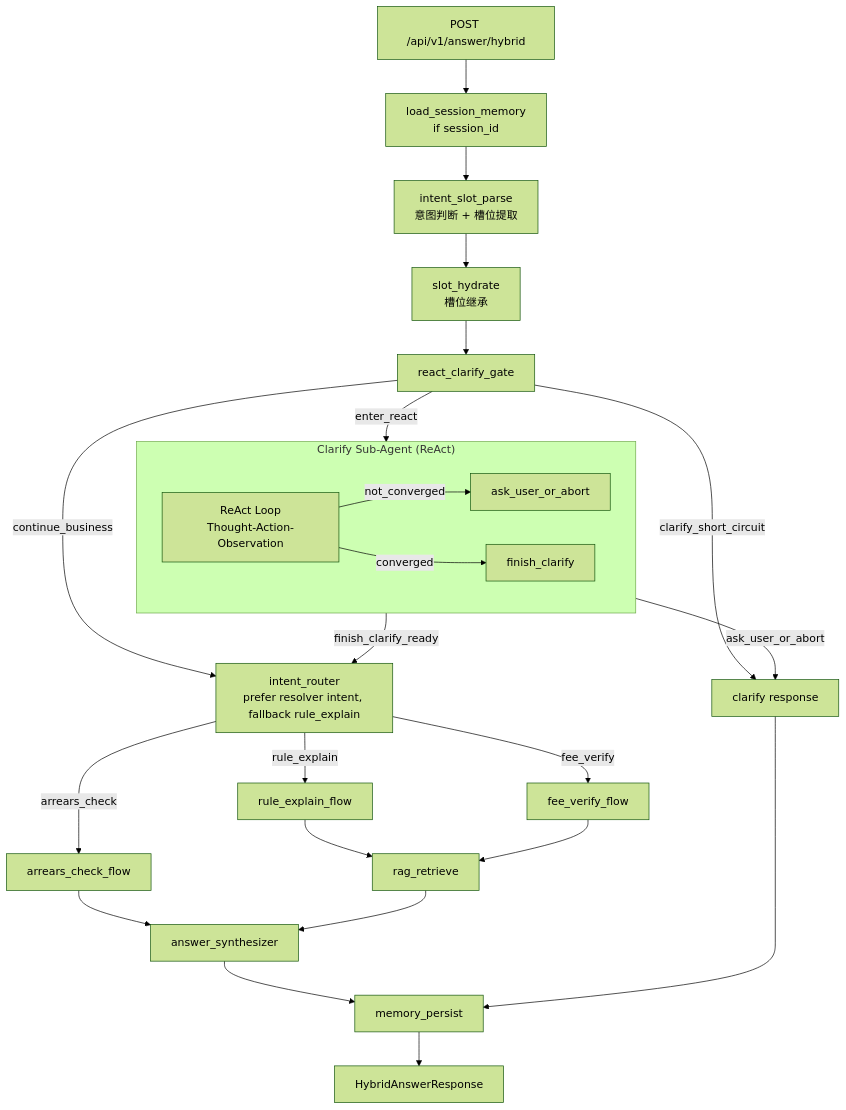
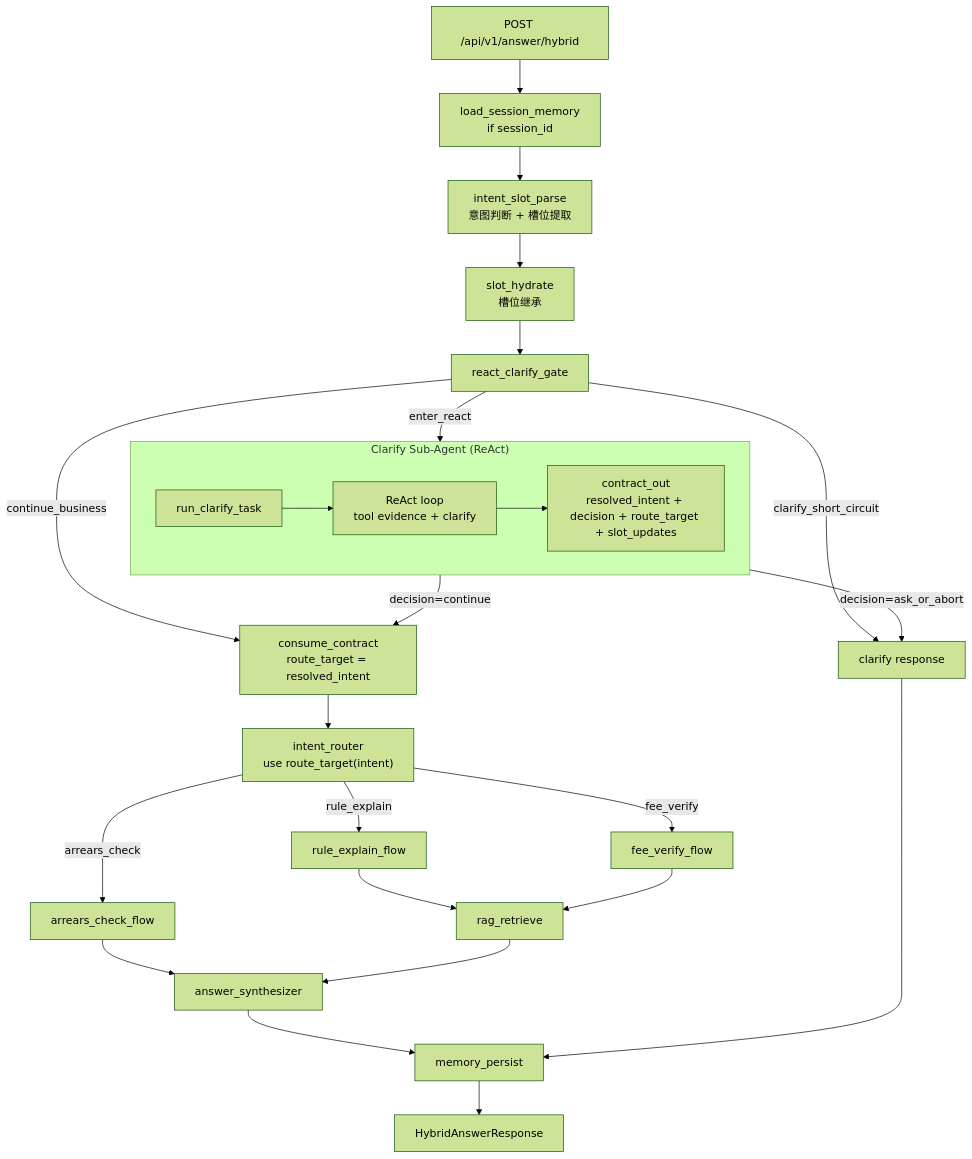
The diagram in README.md (newgpp/agent-parksuit), drawn with Mermaid (forest theme) before and after one commit. The commit also changed 6 other files, not shown here.

Commit message:
feat(rag-012): adopt clarify contract intent convergence in gate

````diff
--- a/README.md
+++ b/README.md
@@ -12,32 +12,32 @@
 ```mermaid
 flowchart TD
     A["POST /api/v1/answer/hybrid"] --> M["load_session_memory<br/>if session_id"]
     M --> P1["intent_slot_parse<br/>意图判断 + 槽位提取"]
     P1 --> P2["slot_hydrate<br/>槽位继承"]
     P2 --> GATE["react_clarify_gate"]
 
     subgraph SA["Clarify Sub-Agent (ReAct)"]
-      R0["ReAct Loop<br/>Thought-Action-Observation"]
-      R1["ask_user_or_abort"]
-      R2["finish_clarify"]
-      R0 -->|not_converged| R1
-      R0 -->|converged| R2
+      R0["run_clarify_task"]
+      R1["ReAct loop<br/>tool evidence + clarify"]
+      R2["contract_out<br/>resolved_intent + decision + route_target + slot_updates"]
+      R0 --> R1 --> R2
     end
 
     GATE -->|clarify_short_circuit| X["clarify response"]
     GATE -->|enter_react| SA
-    SA -->|ask_user_or_abort| X
-    SA -->|finish_clarify_ready| B["intent_router<br/>prefer resolver intent, fallback rule_explain"]
-    GATE -->|continue_business| B
+    SA -->|decision=ask_or_abort| X
+    SA -->|decision=continue| COUT["consume_contract<br/>route_target = resolved_intent"]
+    GATE -->|continue_business| COUT
+    COUT --> B["intent_router<br/>use route_target(intent)"]
     B -->|rule_explain| C["rule_explain_flow"]
     B -->|arrears_check| D["arrears_check_flow"]
     B -->|fee_verify| E["fee_verify_flow"]
 
     C --> F["rag_retrieve"]
     E --> F
     D --> SYN["answer_synthesizer"]
     F --> SYN
     SYN --> MP["memory_persist"]
     X --> MP
     MP --> H["HybridAnswerResponse"]
 ```
````
